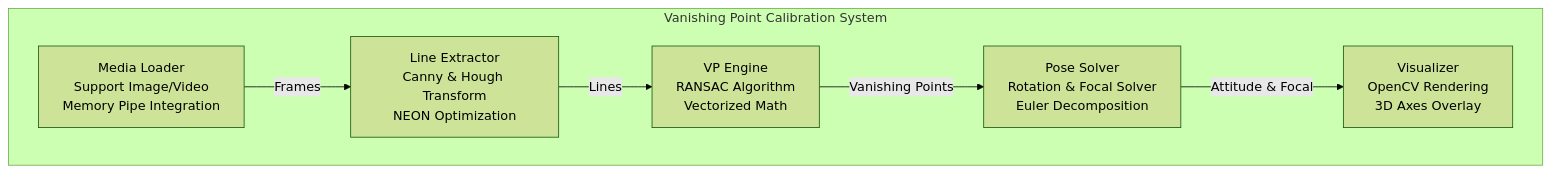
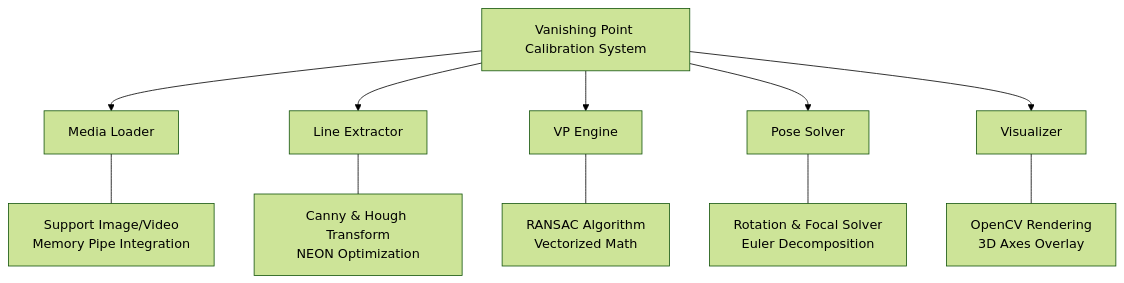
One commit to hank921109/114-2-Phone_Camera_Attitude changed the first of 2 diagrams in README.md. Above: the diagram before and after it, drawn with Mermaid (forest theme). The commit also changed other lines of this file and 8 other files, not shown here.

````diff
--- a/README.md
+++ b/README.md
@@ -33,15 +33,16 @@
 ```mermaid
 graph TD
-    subgraph "Vanishing Point Calibration System"
-        ML[Media Loader<br/>Support Image/Video<br/>Memory Pipe Integration]
-        LE[Line Extractor<br/>Canny & Hough Transform<br/>NEON Optimization]
-        VE[VP Engine<br/>RANSAC Algorithm<br/>Vectorized Math]
-        PS[Pose Solver<br/>Rotation & Focal Solver<br/>Euler Decomposition]
-        VI[Visualizer<br/>OpenCV Rendering<br/>3D Axes Overlay]
-    end
+    System[Vanishing Point Calibration System]
     
-    ML -->|Frames| LE
-    LE -->|Lines| VE
-    VE -->|Vanishing Points| PS
-    PS -->|Attitude & Focal| VI
+    System --> ML[Media Loader]
+    System --> LE[Line Extractor]
+    System --> VE[VP Engine]
+    System --> PS[Pose Solver]
+    System --> VI[Visualizer]
+
+    ML --- ML_Desc[Support Image/Video<br/>Memory Pipe Integration]
+    LE --- LE_Desc[Canny & Hough Transform<br/>NEON Optimization]
+    VE --- VE_Desc[RANSAC Algorithm<br/>Vectorized Math]
+    PS --- PS_Desc[Rotation & Focal Solver<br/>Euler Decomposition]
+    VI --- VI_Desc[OpenCV Rendering<br/>3D Axes Overlay]
 ```
````
